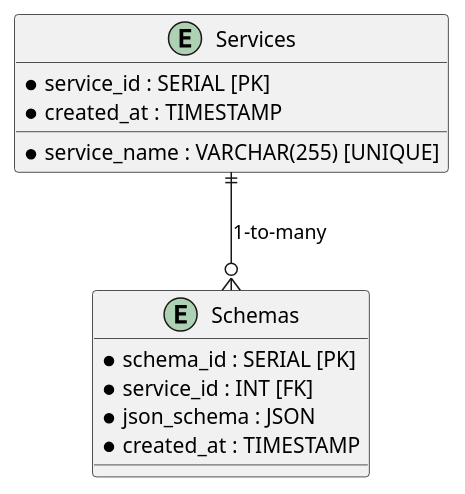
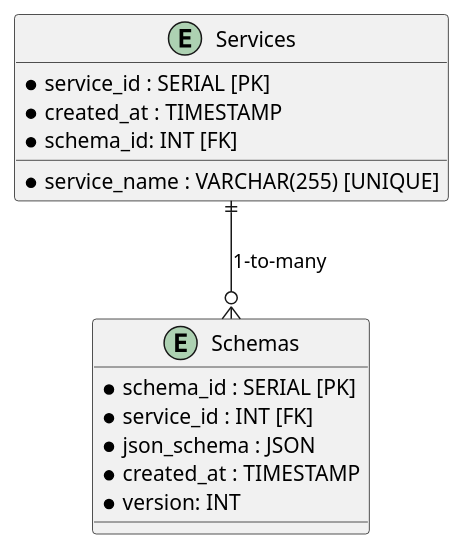
The diagram in PracticeTasks/Module2/Task_11/OpenAPIGenerator_DB.puml (fanglores/Advanced-Software-Design), drawn with PlantUML before and after one commit.

Commit message:
Add versions to schemas

```diff
--- a/PracticeTasks/Module2/Task_11/OpenAPIGenerator_DB.puml
+++ b/PracticeTasks/Module2/Task_11/OpenAPIGenerator_DB.puml
@@ -1,16 +1,18 @@
 @startuml
 entity "Services" {
     * service_id : SERIAL [PK]
     * service_name : VARCHAR(255) [UNIQUE]
     * created_at : TIMESTAMP
+    * schema_id: INT [FK]
 }
 
 entity "Schemas" {
     * schema_id : SERIAL [PK]
     * service_id : INT [FK]
     * json_schema : JSON
     * created_at : TIMESTAMP
+    * version: INT
 }
 
 Services ||--o{ Schemas : "1-to-many"
 @enduml
```
